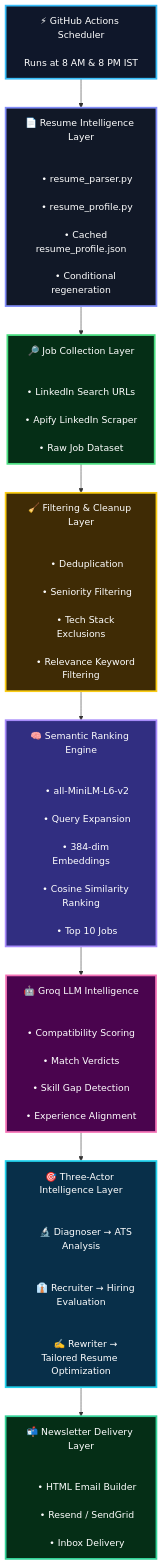
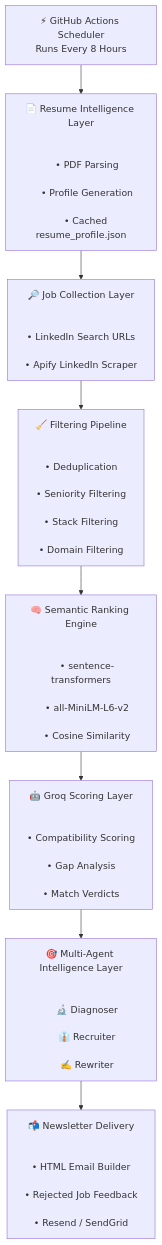
One commit to Abhishek21-ai/Job_News_Letter changed the diagram in README.md. Above: the diagram before and after it, drawn with Mermaid. The commit also changed other lines of this file, not shown here.

````diff
--- a/README.md
+++ b/README.md
@@ -40,67 +63,41 @@
 ```mermaid
 flowchart TD
 
-    %% ===================== STYLES =====================
-    classDef scheduler fill:#0f172a,color:#ffffff,stroke:#38bdf8,stroke-width:3px;
-    classDef resume fill:#111827,color:#ffffff,stroke:#818cf8,stroke-width:3px;
-    classDef scraping fill:#052e16,color:#ffffff,stroke:#4ade80,stroke-width:3px;
-    classDef filtering fill:#3f2b05,color:#ffffff,stroke:#facc15,stroke-width:3px;
-    classDef embedding fill:#312e81,color:#ffffff,stroke:#a78bfa,stroke-width:3px;
-    classDef llm fill:#4a044e,color:#ffffff,stroke:#f472b6,stroke-width:3px;
-    classDef intelligence fill:#082f49,color:#ffffff,stroke:#22d3ee,stroke-width:3px;
-    classDef delivery fill:#052e16,color:#ffffff,stroke:#34d399,stroke-width:3px;
-
-    %% ===================== FLOW =====================
-
-    A["⚡ GitHub Actions Scheduler<br/><br/>Runs at 8 AM & 8 PM IST"]:::scheduler
+    A["⚡ GitHub Actions Scheduler<br/>Runs Every 8 Hours"] --> B
 
     B["📄 Resume Intelligence Layer<br/><br/>
-    • resume_parser.py<br/>
-    • resume_profile.py<br/>
-    • Cached resume_profile.json<br/>
-    • Conditional regeneration"]:::resume
+    • PDF Parsing<br/>
+    • Profile Generation<br/>
+    • Cached resume_profile.json"] --> C
 
     C["🔎 Job Collection Layer<br/><br/>
     • LinkedIn Search URLs<br/>
-    • Apify LinkedIn Scraper<br/>
-    • Raw Job Dataset"]:::scraping
+    • Apify LinkedIn Scraper"] --> D
 
-    D["🧹 Filtering & Cleanup Layer<br/><br/>
+    D["🧹 Filtering Pipeline<br/><br/>
     • Deduplication<br/>
     • Seniority Filtering<br/>
-    • Tech Stack Exclusions<br/>
-    • Relevance Keyword Filtering"]:::filtering
+    • Stack Filtering<br/>
+    • Domain Filtering"] --> E
 
     E["🧠 Semantic Ranking Engine<br/><br/>
+    • sentence-transformers<br/>
     • all-MiniLM-L6-v2<br/>
-    • Query Expansion<br/>
-    • 384-dim Embeddings<br/>
-    • Cosine Similarity Ranking<br/>
-    • Top 10 Jobs"]:::embedding
+    • Cosine Similarity"] --> F
 
-    F["🤖 Groq LLM Intelligence<br/><br/>
+    F["🤖 Groq Scoring Layer<br/><br/>
     • Compatibility Scoring<br/>
-    • Match Verdicts<br/>
-    • Skill Gap Detection<br/>
-    • Experience Alignment"]:::llm
+    • Gap Analysis<br/>
+    • Match Verdicts"] --> G
 
-    G["🎯 Three-Actor Intelligence Layer<br/><br/>
-    🔬 Diagnoser → ATS Analysis<br/><br/>
-    👔 Recruiter → Hiring Evaluation<br/><br/>
-    ✍️ Rewriter → Tailored Resume Optimization"]:::intelligence
+    G["🎯 Multi-Agent Intelligence Layer<br/><br/>
+    🔬 Diagnoser<br/>
+    👔 Recruiter<br/>
+    ✍️ Rewriter"] --> H
 
-    H["📬 Newsletter Delivery Layer<br/><br/>
+    H["📬 Newsletter Delivery<br/><br/>
     • HTML Email Builder<br/>
-    • Resend / SendGrid<br/>
-    • Inbox Delivery"]:::delivery
+    • Rejected Job Feedback<br/>
+    • Resend / SendGrid"]
 
-    %% ===================== CONNECTIONS =====================
-
-    A --> B
-    B --> C
-    C --> D
-    D --> E
-    E --> F
-    F --> G
-    G --> H
 ```
````
